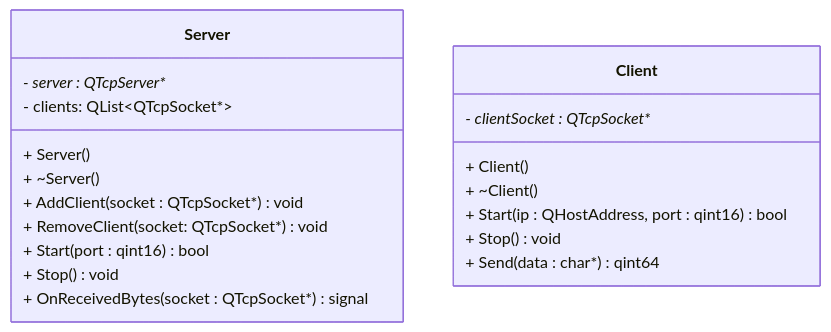
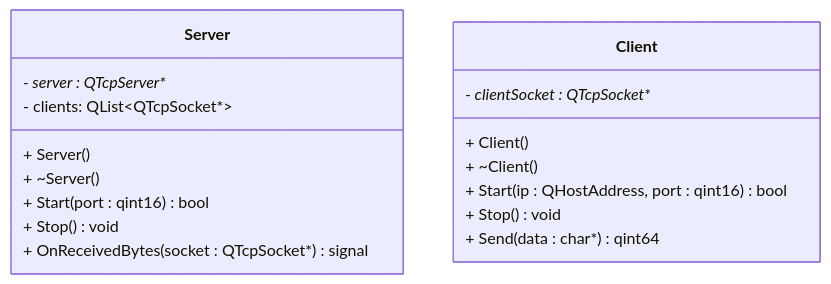
One commit to SUP3RBOB/project4_section1_group4 changed the second of 2 diagrams in README.md. Above: the diagram before and after it, drawn with Mermaid.

````diff
--- a/README.md
+++ b/README.md
@@ -57,24 +57,22 @@
 ```mermaid
     classDiagram
         class Server {
             + Server()
             + ~Server()
             - server : QTcpServer**
             - clients: QList<<huh>QTcpSocket*>
-            + AddClient(socket : QTcpSocket*) void
-            + RemoveClient(socket: QTcpSocket*) void
             + Start(port : qint16) bool
             + Stop() void
 
             + OnReceivedBytes(socket : QTcpSocket*) signal
         }
 
         class Client {
             + Client()
             + ~Client()
             - clientSocket : QTcpSocket**
             + Start(ip : QHostAddress, port : qint16) bool
             + Stop() void
             + Send(data : char*) qint64
         }
 ```
````
